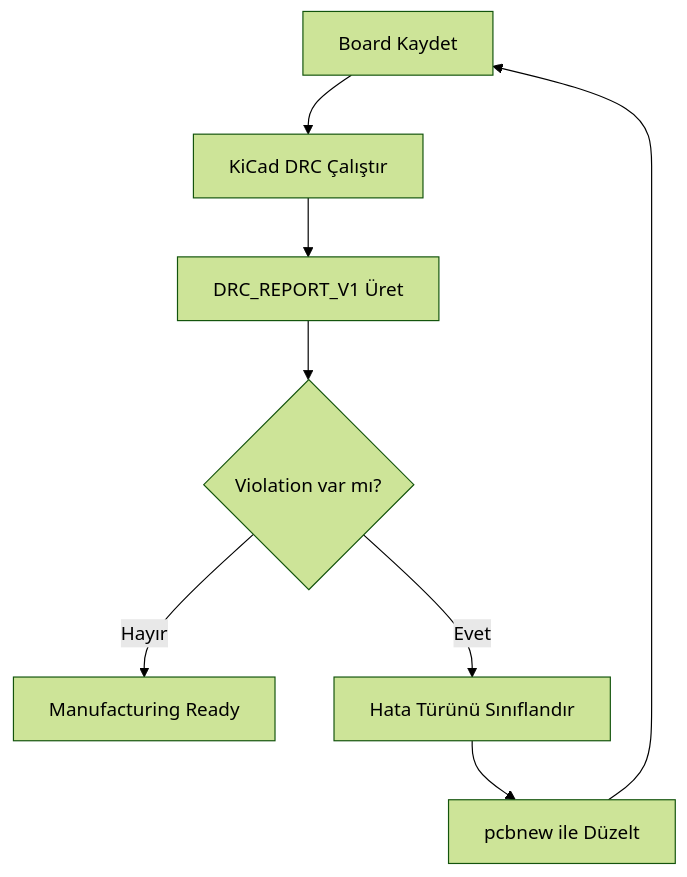
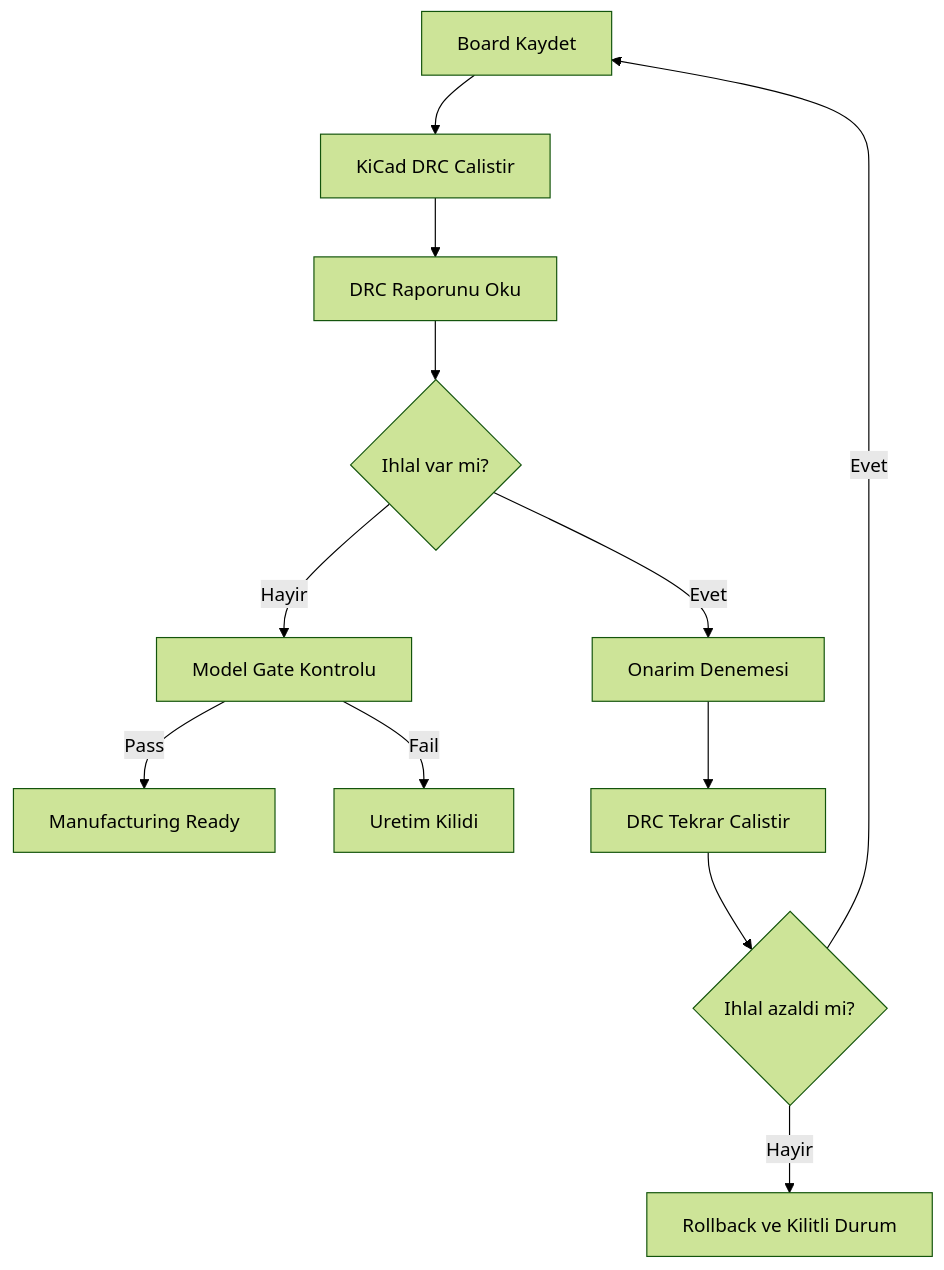
Before and after one commit to Takingo/Mypcb35: the diagram in Barainmypcb/05 - DRC ve Otonom Düzeltme Döngüsü.md, drawn with Mermaid (forest theme). The commit also changed other lines of this file and 298 other files, not shown here.

````diff
--- a/Barainmypcb/05 - DRC ve Otonom Düzeltme Döngüsü.md
+++ b/Barainmypcb/05 - DRC ve Otonom Düzeltme Döngüsü.md
@@ -18,10 +54,14 @@
 ```mermaid
 graph TD
-    A[Board Kaydet] --> B[KiCad DRC Çalıştır]
-    B --> C[DRC_REPORT_V1 Üret]
-    C --> D{Violation var mı?}
-    D -->|Hayır| E[Manufacturing Ready]
-    D -->|Evet| F[Hata Türünü Sınıflandır]
-    F --> G[pcbnew ile Düzelt]
-    G --> A
+    A[Board Kaydet] --> B[KiCad DRC Calistir]
+    B --> C[DRC Raporunu Oku]
+    C --> D{Ihlal var mi?}
+    D -->|Hayir| E[Model Gate Kontrolu]
+    E -->|Pass| F[Manufacturing Ready]
+    E -->|Fail| G[Uretim Kilidi]
+    D -->|Evet| H[Onarim Denemesi]
+    H --> I[DRC Tekrar Calistir]
+    I --> J{Ihlal azaldi mi?}
+    J -->|Evet| A
+    J -->|Hayir| K[Rollback ve Kilitli Durum]
 ```
````
